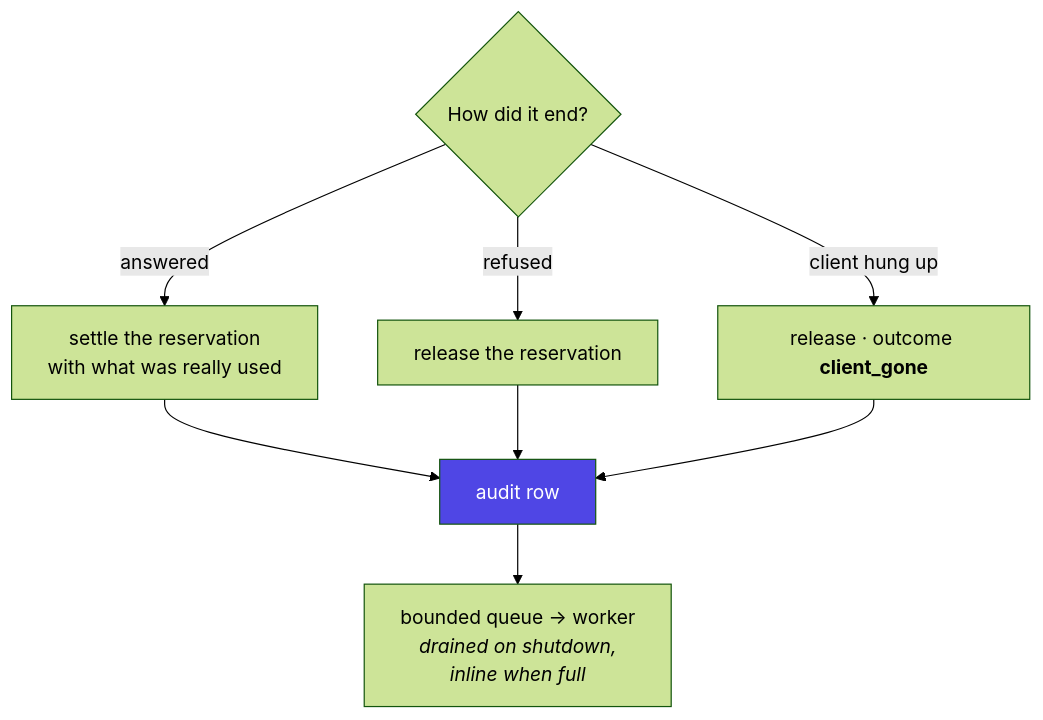
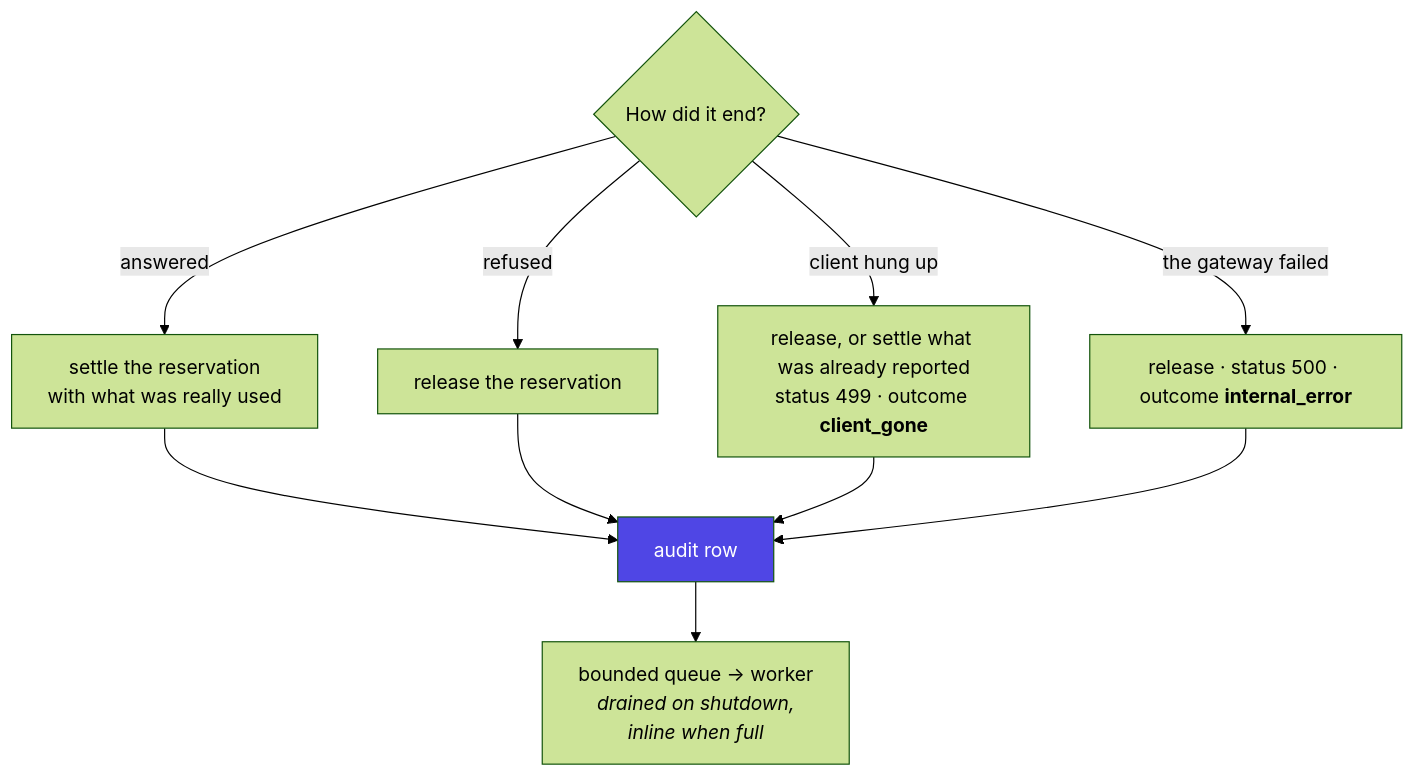
One commit to InigoImago/AIRA-Gateway changed the fifth of 6 diagrams in docs/REQUEST-LIFECYCLE.md. Above: the diagram before and after it, drawn with Mermaid (forest theme). The commit also changed other lines of this file and 50 other files, not shown here.

````diff
--- a/docs/REQUEST-LIFECYCLE.md
+++ b/docs/REQUEST-LIFECYCLE.md
@@ -288,13 +288,15 @@
 ```mermaid
 graph TB
     exit{"How did it end?"}
     exit -->|"answered"| settle["settle the reservation<br/>with what was really used"]
     exit -->|"refused"| release["release the reservation"]
-    exit -->|"client hung up"| cancel["release · outcome <b>client_gone</b>"]
+    exit -->|"client hung up"| cancel["release, or settle what was already reported<br/>status 499 · outcome <b>client_gone</b>"]
+    exit -->|"the gateway failed"| fail["release · status 500 · outcome <b>internal_error</b>"]
     settle --> row["audit row"]
     release --> row
     cancel --> row
+    fail --> row
     row --> queue["bounded queue → worker<br/><i>drained on shutdown,<br/>inline when full</i>"]
 
     style row fill:#4f46e5,color:#fff
 ```
````
